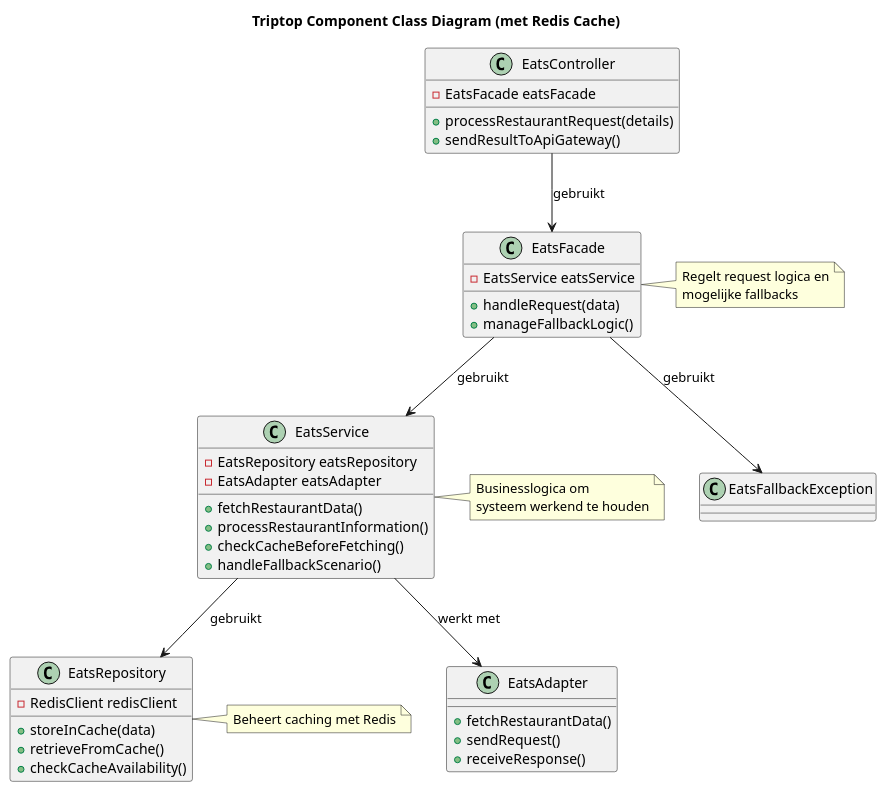
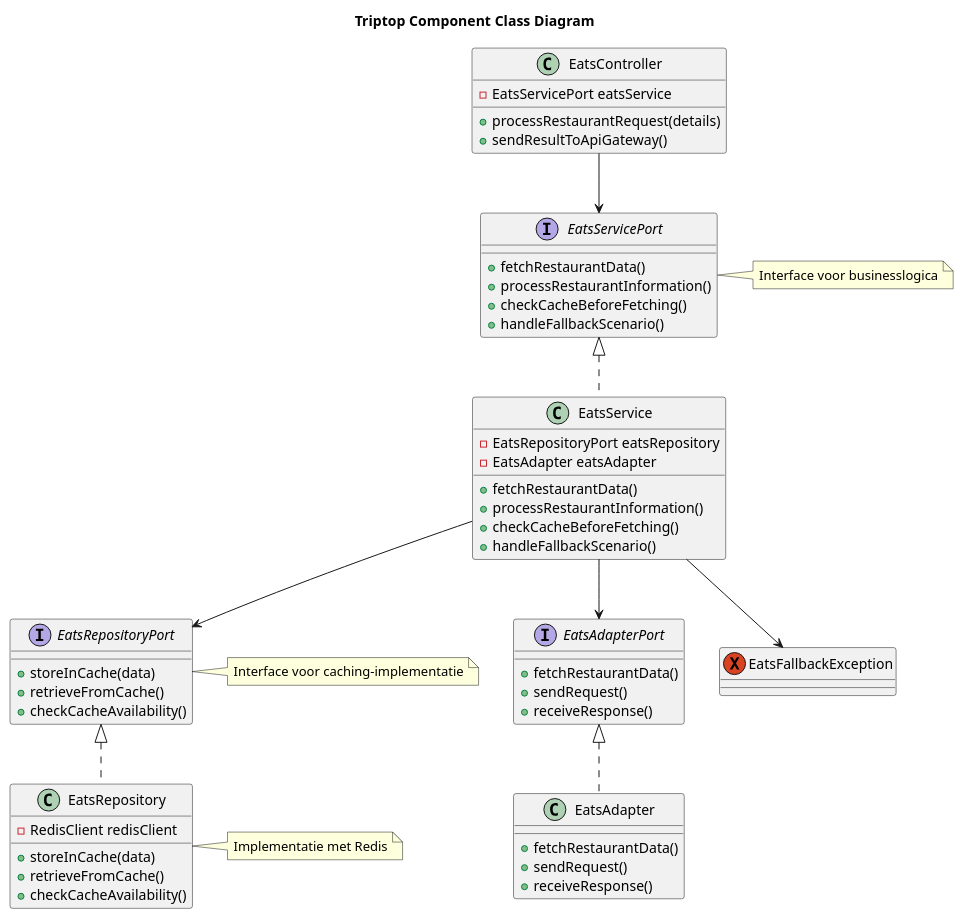
Before and after one commit to AIM-ENE-feb25/triptop-beca: the diagram in voorbereidingen/week2-les3/code-diagram-atakan.puml, drawn with PlantUML. The commit also changed 2 other files, not shown here.

Commit message:
Wijzigingen gemaakt aan diagrammen

```diff
--- a/voorbereidingen/week2-les3/code-diagram-atakan.puml
+++ b/voorbereidingen/week2-les3/code-diagram-atakan.puml
@@ -1,62 +1,72 @@
 @startuml
 
-title Triptop Component Class Diagram (met Redis Cache)
+title Triptop Component Class Diagram
 
-class EatsController {
-  - EatsFacade eatsFacade
-  + processRestaurantRequest(details)
-  + sendResultToApiGateway()
+interface EatsServicePort {
+  + fetchRestaurantData()
+  + processRestaurantInformation()
+  + checkCacheBeforeFetching()
+  + handleFallbackScenario()
 }
 
-class EatsFacade {
-  - EatsService eatsService
-  + handleRequest(data)
-  + manageFallbackLogic()
+interface EatsAdapterPort {
+  + fetchRestaurantData()
+  + sendRequest()
+  + receiveResponse()
 }
 
-class EatsService {
-  - EatsRepository eatsRepository
+class EatsService implements EatsServicePort {
+  - EatsRepositoryPort eatsRepository
   - EatsAdapter eatsAdapter
   + fetchRestaurantData()
   + processRestaurantInformation()
   + checkCacheBeforeFetching()
   + handleFallbackScenario()
 }
 
-class EatsRepository {
+interface EatsRepositoryPort {
+  + storeInCache(data)
+  + retrieveFromCache()
+  + checkCacheAvailability()
+}
+
+class EatsRepository implements EatsRepositoryPort {
   - RedisClient redisClient
   + storeInCache(data)
   + retrieveFromCache()
   + checkCacheAvailability()
 }
 
-class EatsAdapter {
+class EatsAdapter implements EatsAdapterPort {
   + fetchRestaurantData()
   + sendRequest()
   + receiveResponse()
 }
 
-class EatsFallbackException {
+class EatsController {
+  - EatsServicePort eatsService
+  + processRestaurantRequest(details)
+  + sendResultToApiGateway()
 }
 
-EatsController --> EatsFacade : gebruikt
-EatsFacade --> EatsService : gebruikt
-EatsFacade --> EatsFallbackException : gebruikt
-EatsService --> EatsRepository : gebruikt
-EatsService --> EatsAdapter : werkt met
+Exception EatsFallbackException {
+}
 
-note right of EatsFacade
- Regelt request logica en
- mogelijke fallbacks
+EatsController --> EatsServicePort
+EatsService --> EatsRepositoryPort
+EatsService --> EatsAdapterPort
+EatsService --> EatsFallbackException
+
+note right of EatsServicePort
+  Interface voor businesslogica
 end note
 
-note right of EatsService
-  Businesslogica om
-  systeem werkend te houden
+note right of EatsRepositoryPort
+  Interface voor caching-implementatie
 end note
 
 note right of EatsRepository
- Beheert caching met Redis
+  Implementatie met Redis
 end note
 
 @enduml
```
